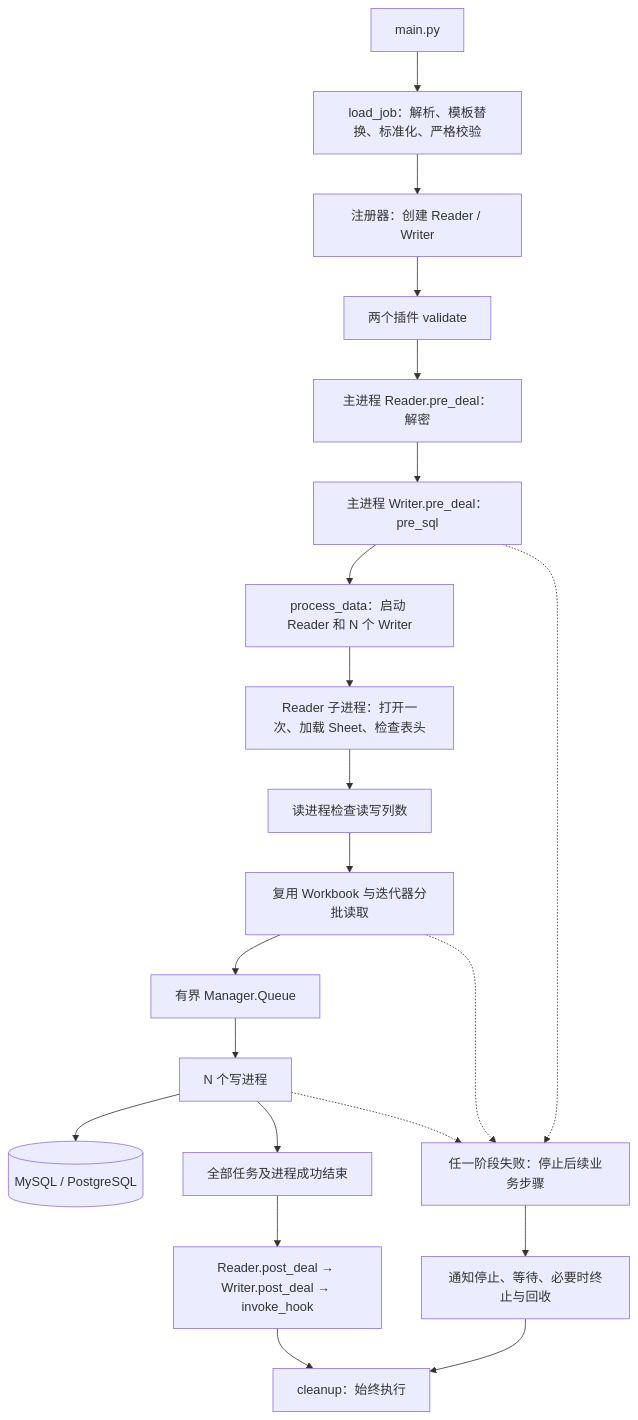
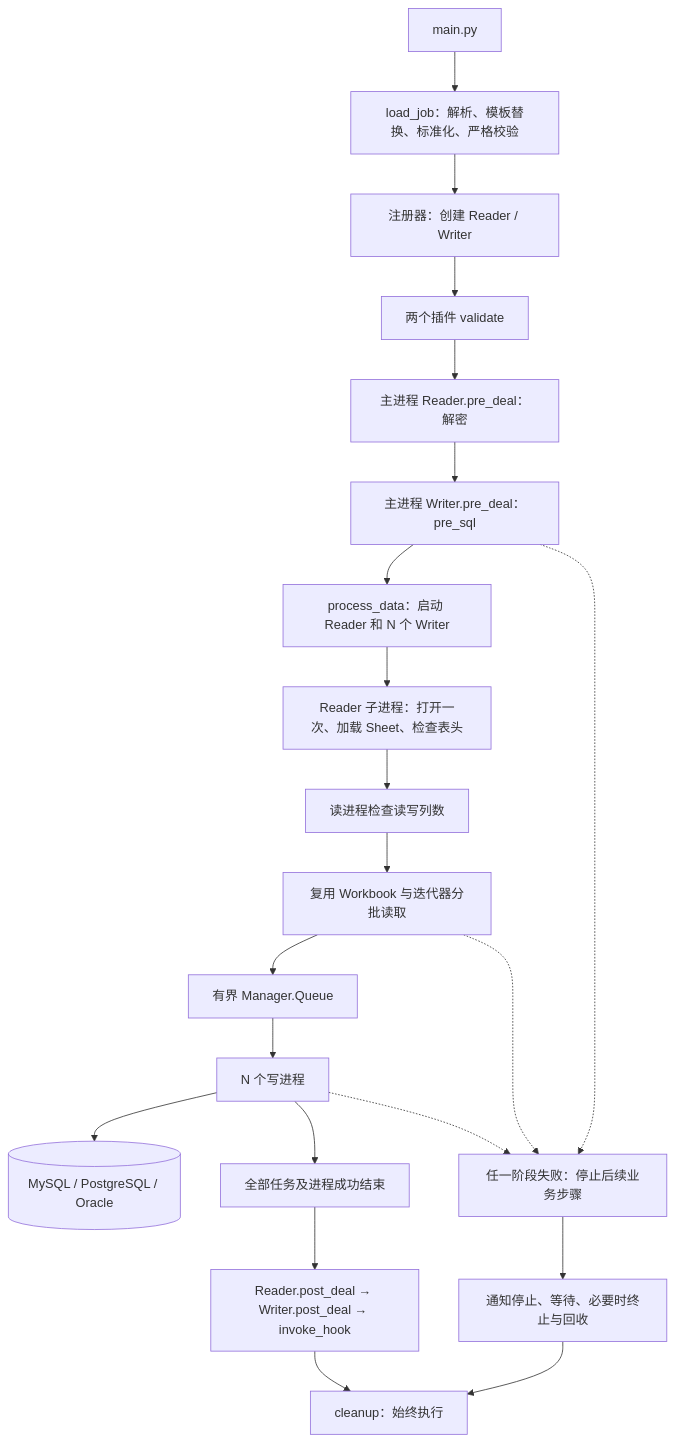
Before and after one commit to jingtinghe0014/dataxsl: the diagram in docs/architecture-multiprocess.md, drawn with Mermaid. The commit also changed other lines of this file and 20 other files, not shown here.

````diff
--- a/docs/architecture-multiprocess.md
+++ b/docs/architecture-multiprocess.md
@@ -63,23 +67,23 @@
 ```mermaid
 flowchart TD
     CLI["main.py"] --> LOAD["load_job：解析、模板替换、标准化、严格校验"]
     LOAD --> FACTORY["注册器：创建 Reader / Writer"]
     FACTORY --> VALIDATE["两个插件 validate"]
     VALIDATE --> PRE["主进程 Reader.pre_deal：解密"]
     PRE --> WPRE["主进程 Writer.pre_deal：pre_sql"]
     WPRE --> PIPE["process_data：启动 Reader 和 N 个 Writer"]
     PIPE --> RPRE["Reader 子进程：打开一次、加载 Sheet、检查表头"]
     RPRE --> MAP["读进程检查读写列数"]
     MAP --> R["复用 Workbook 与迭代器分批读取"]
     R --> Q["有界 Manager.Queue"]
     Q --> W["N 个写进程"]
-    W --> DB[(MySQL / PostgreSQL)]
+    W --> DB[(MySQL / PostgreSQL / Oracle)]
     W --> SUCCESS["全部任务及进程成功结束"]
     SUCCESS --> POST["Reader.post_deal → Writer.post_deal → invoke_hook"]
     POST --> CLEAN["cleanup：始终执行"]
     WPRE -.-> ERROR["任一阶段失败：停止后续业务步骤"]
     R -.-> ERROR
     W -.-> ERROR
     ERROR --> STOP["通知停止、等待、必要时终止与回收"]
     STOP --> CLEAN
 ```
````
